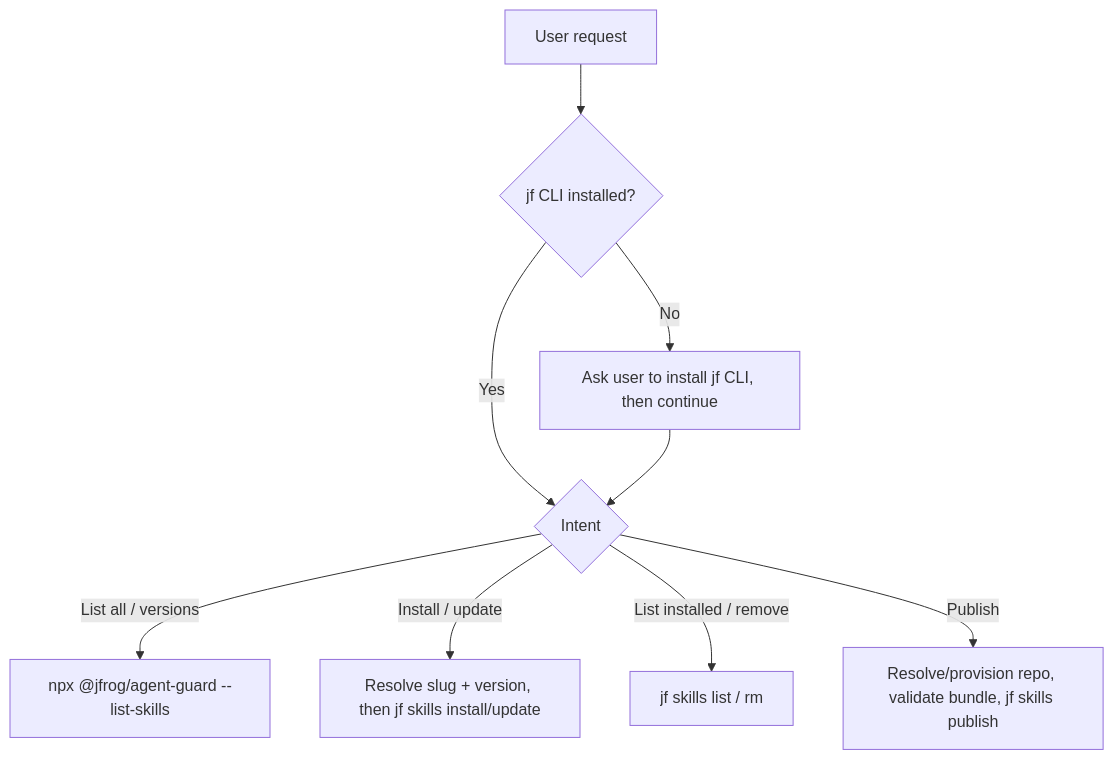
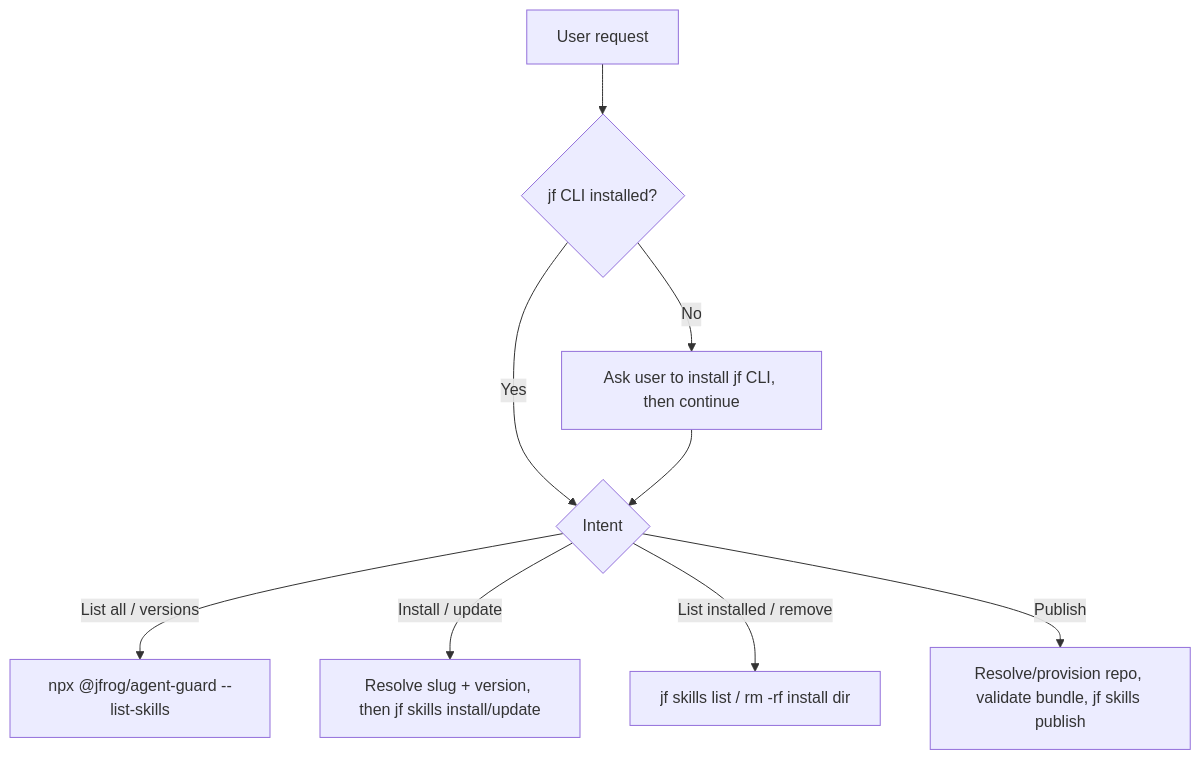
Before and after one commit to jfrog/jfrog-skills: the diagram in skills/jfrog-ai-catalog-skills/SKILL.md, drawn with Mermaid. The commit also changed other lines of this file and 2 other files, not shown here.

````diff
--- a/skills/jfrog-ai-catalog-skills/SKILL.md
+++ b/skills/jfrog-ai-catalog-skills/SKILL.md
@@ -66,11 +67,11 @@
 ```mermaid
 flowchart TD
     A[User request] --> B{jf CLI installed?}
     B -->|No| C[Ask user to install jf CLI, then continue]
     B -->|Yes| D{Intent}
     C --> D
     D -->|List all / versions| E[npx @jfrog/agent-guard --list-skills]
     D -->|Install / update| F[Resolve slug + version, then jf skills install/update]
-    D -->|List installed / remove| G[jf skills list / rm]
+    D -->|List installed / remove| G[jf skills list / rm -rf install dir]
     D -->|Publish| H[Resolve/provision repo, validate bundle, jf skills publish]
 ```
````
